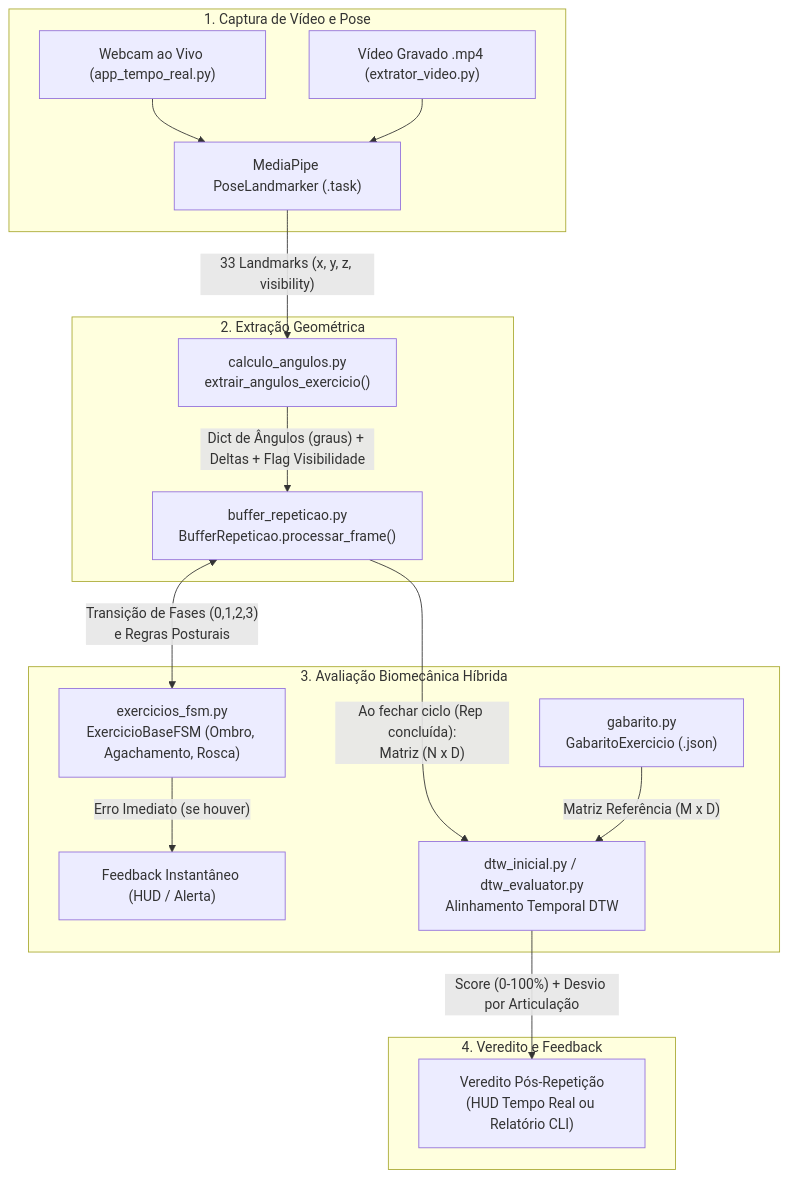
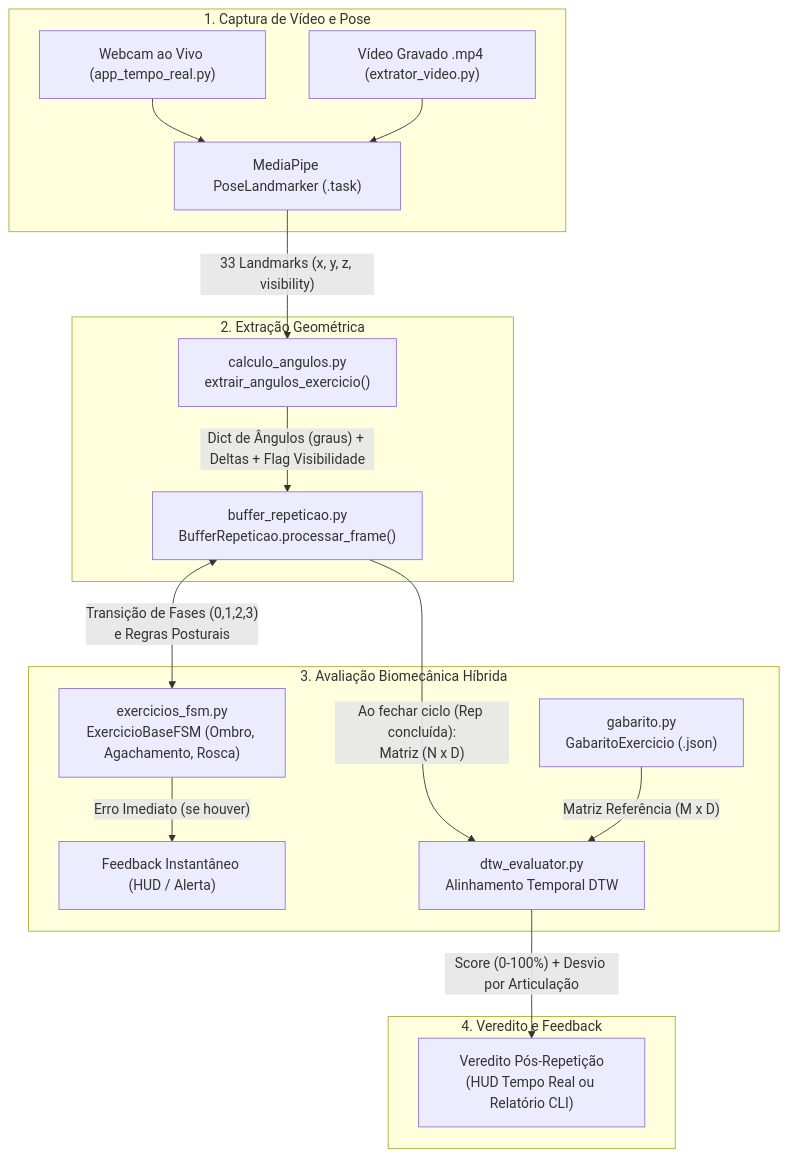
One commit to heitoroliveira75/EngSoftTrabalho_Personal_TrainerIA changed the diagram in CONTEXTO_IA.md. Above: the diagram before and after it, drawn with Mermaid. The commit also changed other lines of this file and 7 other files, not shown here.

````diff
--- a/CONTEXTO_IA.md
+++ b/CONTEXTO_IA.md
@@ -38,23 +38,23 @@
 ```mermaid
 flowchart TD
     subgraph Entrada["1. Captura de Vídeo e Pose"]
         A1["Webcam ao Vivo (app_tempo_real.py)"] --> B["MediaPipe PoseLandmarker (.task)"]
         A2["Vídeo Gravado .mp4 (extrator_video.py)"] --> B
     end
 
     subgraph Features["2. Extração Geométrica"]
         B -->|"33 Landmarks (x, y, z, visibility)"| C["calculo_angulos.py\nextrair_angulos_exercicio()"]
         C -->|"Dict de Ângulos (graus) + Deltas + Flag Visibilidade"| D["buffer_repeticao.py\nBufferRepeticao.processar_frame()"]
     end
 
     subgraph Dominio["3. Avaliação Biomecânica Híbrida"]
         D <-->|"Transição de Fases (0,1,2,3)\ne Regras Posturais"| E["exercicios_fsm.py\nExercicioBaseFSM (Ombro, Agachamento, Rosca)"]
         E -->|"Erro Imediato (se houver)"| F1["Feedback Instantâneo (HUD / Alerta)"]
-        D -->|"Ao fechar ciclo (Rep concluída):\nMatriz (N x D)"| G["dtw_inicial.py / dtw_evaluator.py\nAlinhamento Temporal DTW"]
+        D -->|"Ao fechar ciclo (Rep concluída):\nMatriz (N x D)"| G["dtw_evaluator.py\nAlinhamento Temporal DTW"]
         H["gabarito.py\nGabaritoExercicio (.json)"] -->|"Matriz Referência (M x D)"| G
     end
 
     subgraph Saida["4. Veredito e Feedback"]
         G -->|"Score (0-100%) + Desvio por Articulação"| F2["Veredito Pós-Repetição\n(HUD Tempo Real ou Relatório CLI)"]
     end
 ```
````
